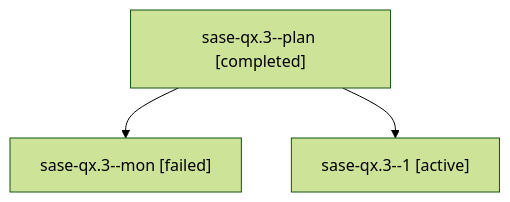
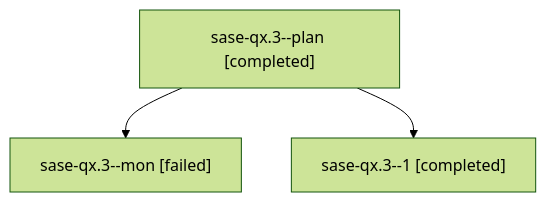
One commit to sase-org/sase--agents changed the diagram in families/bbugyi200.athena.sase-qx.3.md. Above: the diagram before and after it, drawn with Mermaid (forest theme). The commit also changed other lines of this file and 44 other files, not shown here.

````diff
--- a/families/bbugyi200.athena.sase-qx.3.md
+++ b/families/bbugyi200.athena.sase-qx.3.md
@@ -9,8 +9,8 @@
 ```mermaid
 flowchart TD
   n0["sase-qx.3--plan [completed]"]
   n1["sase-qx.3--mon [failed]"]
   n0 --> n1
-  n2["sase-qx.3--1 [active]"]
+  n2["sase-qx.3--1 [completed]"]
   n0 --> n2
 ```
````
